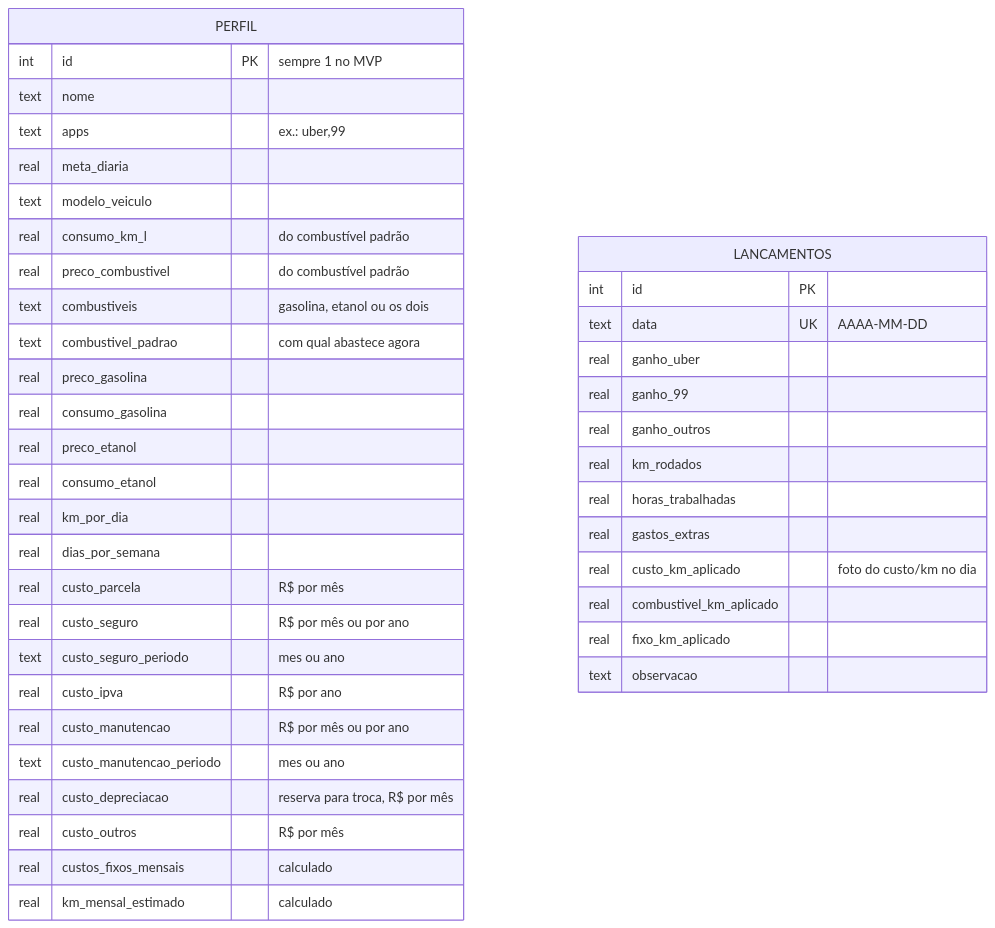
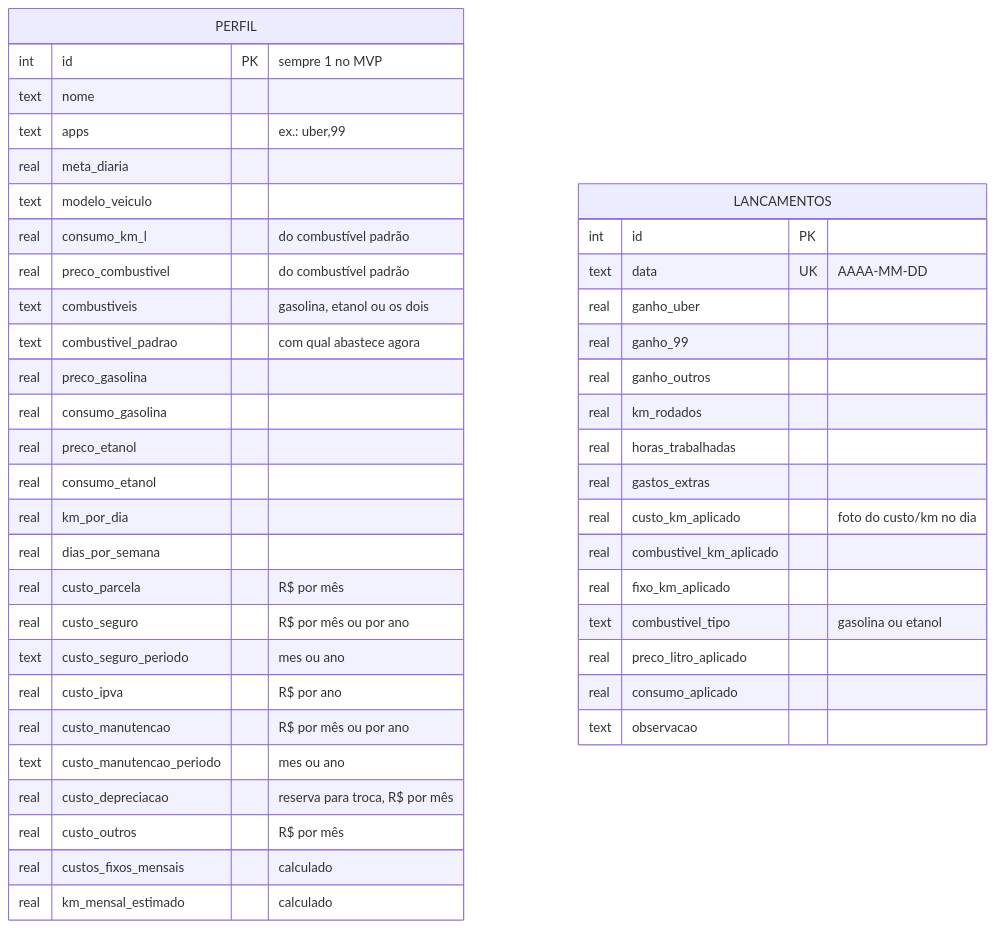
The second of 2 diagrams in README.md (lucasMD10/Quilo-metro-Labs), drawn with Mermaid before and after one commit. The commit also changed other lines of this file and 11 other files, not shown here.

````diff
--- a/README.md
+++ b/README.md
@@ -205,44 +207,47 @@
 ```mermaid
 erDiagram
   PERFIL {
     int id PK "sempre 1 no MVP"
     text nome
     text apps "ex.: uber,99"
     real meta_diaria
     text modelo_veiculo
     real consumo_km_l "do combustível padrão"
     real preco_combustivel "do combustível padrão"
     text combustiveis "gasolina, etanol ou os dois"
     text combustivel_padrao "com qual abastece agora"
     real preco_gasolina
     real consumo_gasolina
     real preco_etanol
     real consumo_etanol
     real km_por_dia
     real dias_por_semana
     real custo_parcela "R$ por mês"
     real custo_seguro "R$ por mês ou por ano"
     text custo_seguro_periodo "mes ou ano"
     real custo_ipva "R$ por ano"
     real custo_manutencao "R$ por mês ou por ano"
     text custo_manutencao_periodo "mes ou ano"
     real custo_depreciacao "reserva para troca, R$ por mês"
     real custo_outros "R$ por mês"
     real custos_fixos_mensais "calculado"
     real km_mensal_estimado "calculado"
   }
   LANCAMENTOS {
     int id PK
     text data UK "AAAA-MM-DD"
     real ganho_uber
     real ganho_99
     real ganho_outros
     real km_rodados
     real horas_trabalhadas
     real gastos_extras
     real custo_km_aplicado "foto do custo/km no dia"
     real combustivel_km_aplicado
     real fixo_km_aplicado
+    text combustivel_tipo "gasolina ou etanol"
+    real preco_litro_aplicado
+    real consumo_aplicado
     text observacao
   }
 ```
````
